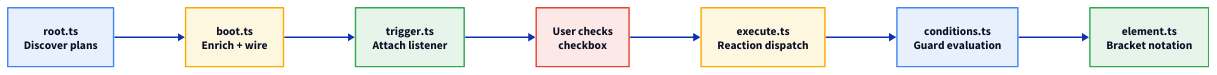
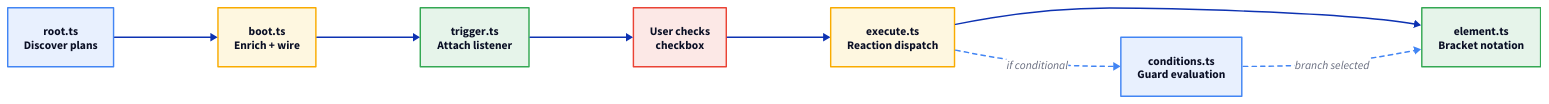
One commit to marafiq/alis-reactive changed the first of 6 diagrams in docs-site/src/content/docs/architecture/runtime-key-modules.mdx. Above: the diagram before and after it, drawn with D2. The commit also changed other lines of this file, not shown here.

Commit message:
docs: fix Key Modules — remove duplicate, fix conditional, show conditions as optional path
- Removed duplicate confirm sentence
- Conditional description matches Runtime page
- Full trace diagram: conditions shown as dashed optional path
  (only hit for conditional reactions, not every execution)

````diff
--- a/docs-site/src/content/docs/architecture/runtime-key-modules.mdx
+++ b/docs-site/src/content/docs/architecture/runtime-key-modules.mdx
@@ -12,48 +12,56 @@
 ```d2
 direction: right
 
 discover: "root.ts\nDiscover plans" {
   shape: rectangle
   style.fill: "#e8f0fe"
   style.stroke: "#4285f4"
   style.font-size: 16
 }
 boot: "boot.ts\nEnrich + wire" {
   shape: rectangle
   style.fill: "#fef7e0"
   style.stroke: "#f9ab00"
   style.font-size: 16
 }
 trigger: "trigger.ts\nAttach listener" {
   shape: rectangle
   style.fill: "#e6f4ea"
   style.stroke: "#34a853"
   style.font-size: 16
 }
 user: "User checks\ncheckbox" {
   shape: rectangle
   style.fill: "#fce8e6"
   style.stroke: "#ea4335"
   style.font-size: 16
 }
 execute: "execute.ts\nReaction dispatch" {
   shape: rectangle
   style.fill: "#fef7e0"
   style.stroke: "#f9ab00"
   style.font-size: 16
 }
 conditions: "conditions.ts\nGuard evaluation" {
   shape: rectangle
   style.fill: "#e8f0fe"
   style.stroke: "#4285f4"
   style.font-size: 16
 }
 element: "element.ts\nBracket notation" {
   shape: rectangle
   style.fill: "#e6f4ea"
   style.stroke: "#34a853"
   style.font-size: 16
 }
 
-discover -> boot -> trigger -> user -> execute -> conditions -> element
+discover -> boot -> trigger -> user -> execute -> element
+execute -> conditions: if conditional {
+  style.stroke: "#4285f4"
+  style.stroke-dash: 3
+}
+conditions -> element: branch selected {
+  style.stroke: "#4285f4"
+  style.stroke-dash: 3
+}
 ```
````
